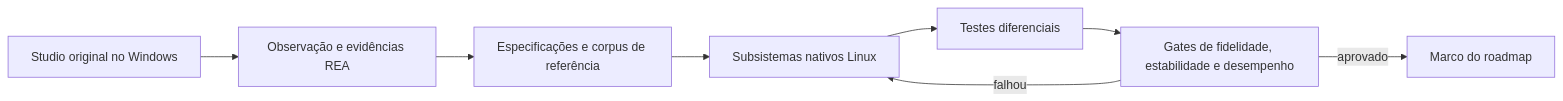
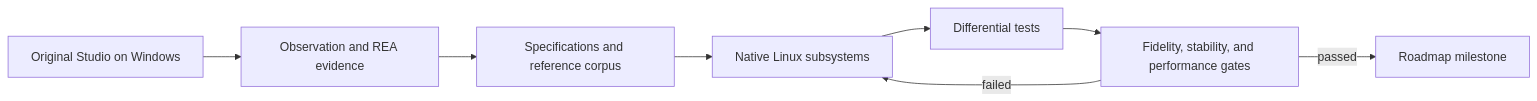
One commit to Rovewake/roblox-studio-linux changed the diagram in ROADMAP.md. Above: the diagram before and after it, drawn with Mermaid. The commit also changed other lines of this file and 2 other files, not shown here.

````diff
--- a/ROADMAP.md
+++ b/ROADMAP.md
@@ -28,10 +28,10 @@
 ```mermaid
 flowchart LR
-    A[Studio original no Windows] --> B[Observação e evidências REA]
-    B --> C[Especificações e corpus de referência]
-    C --> D[Subsistemas nativos Linux]
-    D --> E[Testes diferenciais]
-    E --> F[Gates de fidelidade, estabilidade e desempenho]
-    F -->|falhou| D
-    F -->|aprovado| G[Marco do roadmap]
+    A[Original Studio on Windows] --> B[Observation and REA evidence]
+    B --> C[Specifications and reference corpus]
+    C --> D[Native Linux subsystems]
+    D --> E[Differential tests]
+    E --> F[Fidelity, stability, and performance gates]
+    F -->|failed| D
+    F -->|passed| G[Roadmap milestone]
 ```
````
